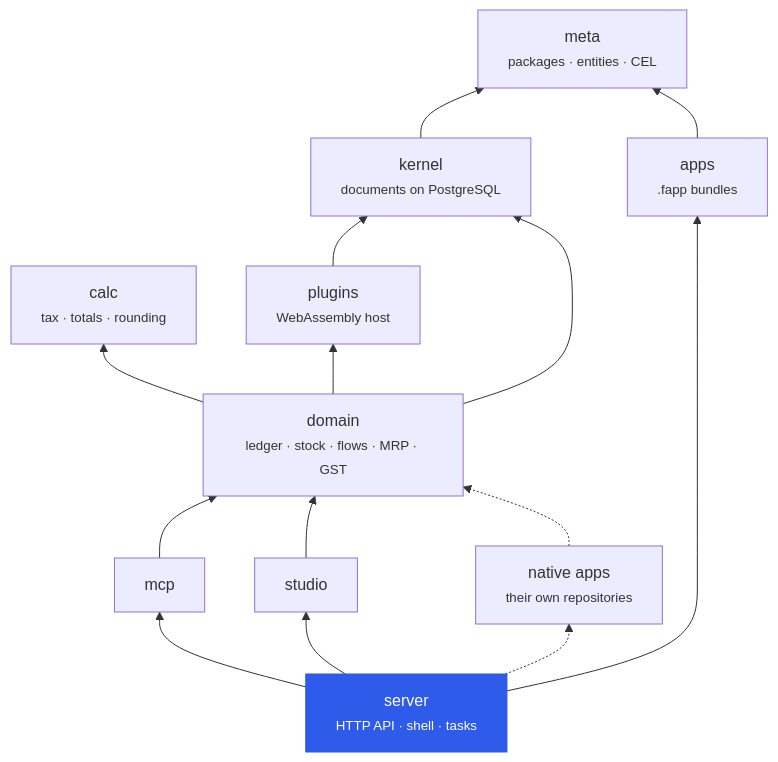
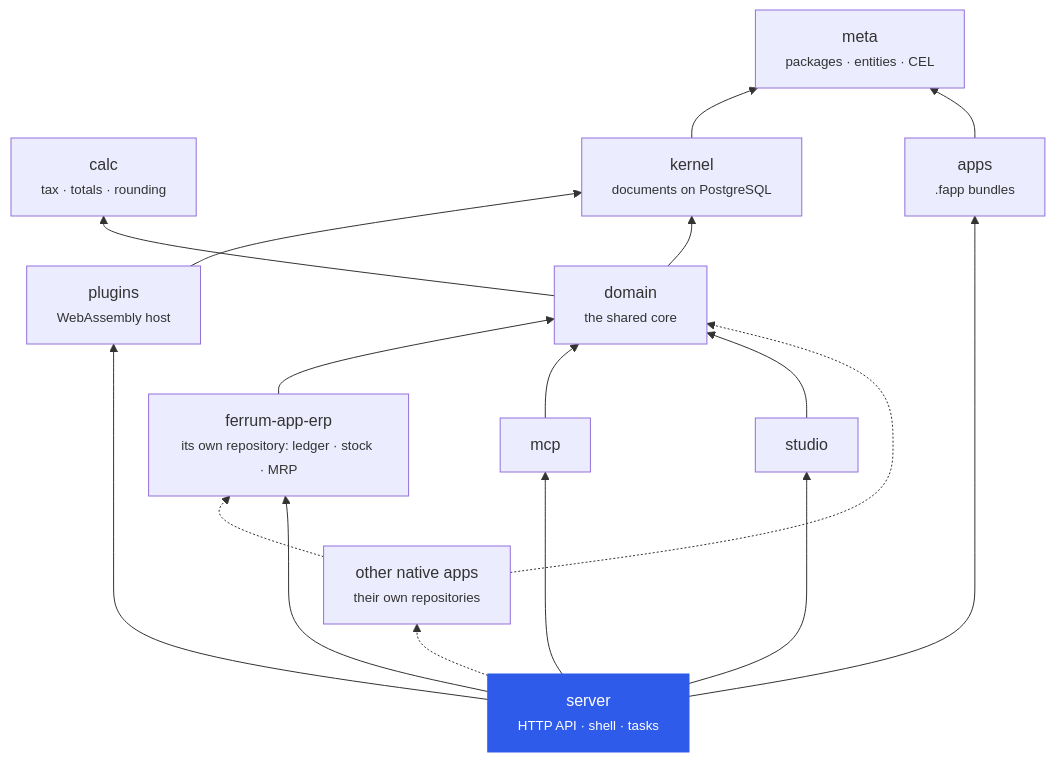
The second of 6 diagrams in README.md (CBFerrum/Ferrum), drawn with Mermaid before and after one commit. The commit also changed other lines of this file, not shown here.

Commit message:
README: ferrum-domain is the shared core and packages/ the shared packages; ERP's engine and India come from ferrum-app-erp (erp-repo.md stage 3)

````diff
--- a/README.md
+++ b/README.md
@@ -245,28 +247,32 @@
 ```mermaid
 flowchart BT
     calc["calc<br/><small>tax · totals · rounding</small>"]
     meta["meta<br/><small>packages · entities · CEL</small>"]
     kernel["kernel<br/><small>documents on PostgreSQL</small>"]
     plugins["plugins<br/><small>WebAssembly host</small>"]
-    domain["domain<br/><small>ledger · stock · flows · MRP · GST</small>"]
+    domain["domain<br/><small>the shared core</small>"]
+    erp["ferrum-app-erp<br/><small>its own repository: ledger · stock · MRP</small>"]
     mcp["mcp"]
     studio["studio"]
     apps["apps<br/><small>.fapp bundles</small>"]
     server["server<br/><small>HTTP API · shell · tasks</small>"]
-    native["native apps<br/><small>their own repositories</small>"]
+    native["other native apps<br/><small>their own repositories</small>"]
     kernel --> meta
     plugins --> kernel
     domain --> kernel
     domain --> calc
-    domain --> plugins
+    erp --> domain
     mcp --> domain
     studio --> domain
     apps --> meta
+    native -.-> erp
+    native -.-> domain
     server --> mcp
     server --> studio
     server --> apps
+    server --> plugins
+    server --> erp
     server -.-> native
-    native -.-> domain
     classDef core fill:#2f5bea,color:#fff,stroke:#2f5bea
     class server core
 ```
````
